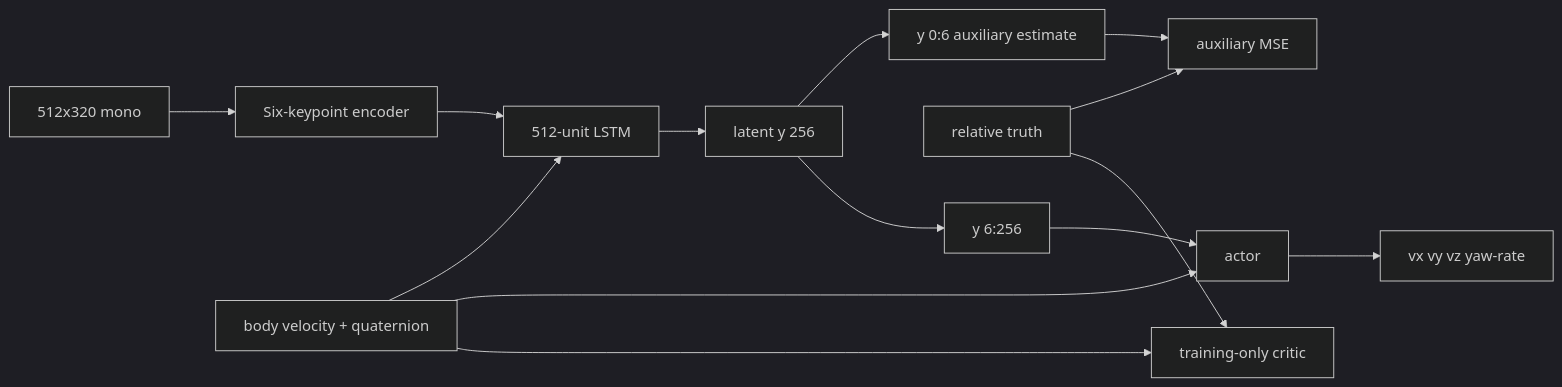
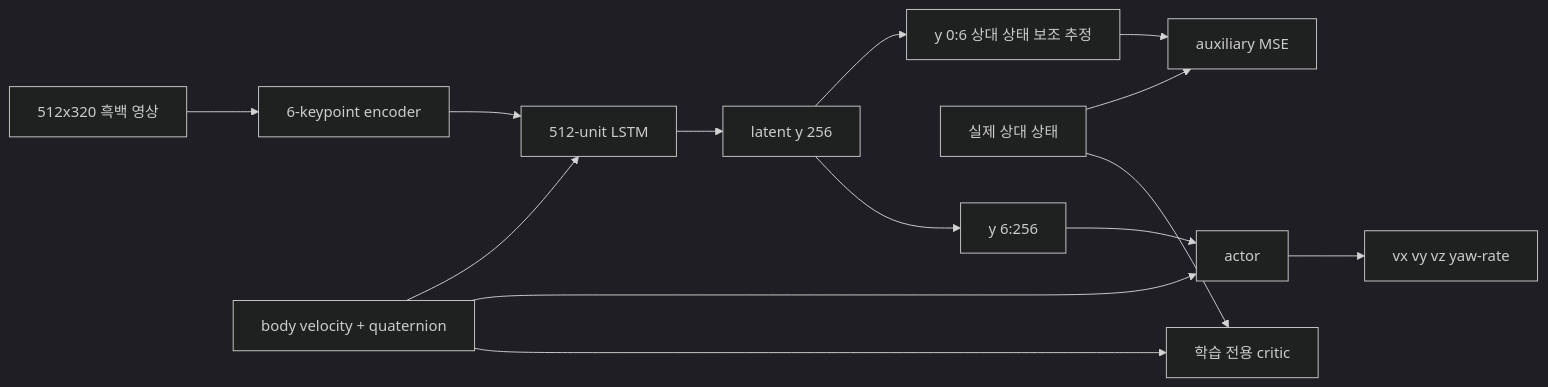
One commit to junsuk123/OntoReward-RL changed the diagram in Ontology_RGAT_UAV_RL_ISAAC_PX4/docs/SHIN2026_BASELINE.md. Above: the diagram before and after it, drawn with Mermaid (dark theme). The commit also changed other lines of this file and 14 other files, not shown here.

````diff
--- a/Ontology_RGAT_UAV_RL_ISAAC_PX4/docs/SHIN2026_BASELINE.md
+++ b/Ontology_RGAT_UAV_RL_ISAAC_PX4/docs/SHIN2026_BASELINE.md
@@ -43,16 +39,16 @@
 ```mermaid
 flowchart LR
-  IMG[512x320 mono] --> KEY[Six-keypoint encoder]
+  IMG[512x320 흑백 영상] --> KEY[6-keypoint encoder]
   KEY --> LSTM[512-unit LSTM]
   UAV[body velocity + quaternion] --> LSTM
   LSTM --> Y[latent y 256]
-  Y --> HEAD[y 0:6 auxiliary estimate]
-  TRUTH[relative truth] --> MSE[auxiliary MSE]
+  Y --> HEAD[y 0:6 상대 상태 보조 추정]
+  TRUTH[실제 상대 상태] --> MSE[auxiliary MSE]
   HEAD --> MSE
   Y --> SLICE[y 6:256]
   UAV --> ACTOR[actor]
   SLICE --> ACTOR
   ACTOR --> PX4[vx vy vz yaw-rate]
-  TRUTH --> CRITIC[training-only critic]
+  TRUTH --> CRITIC[학습 전용 critic]
   UAV --> CRITIC
 ```
````
